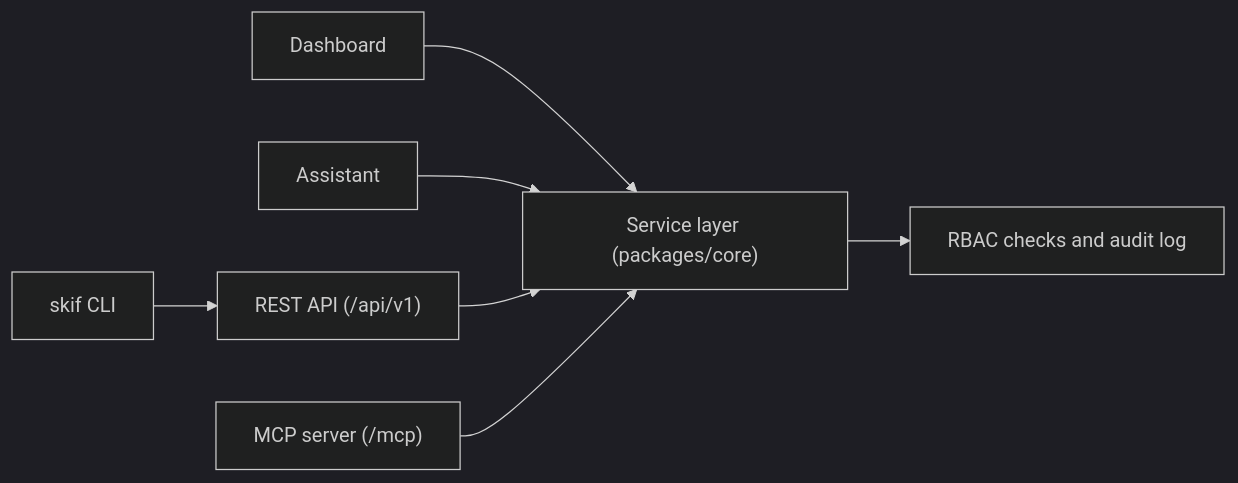
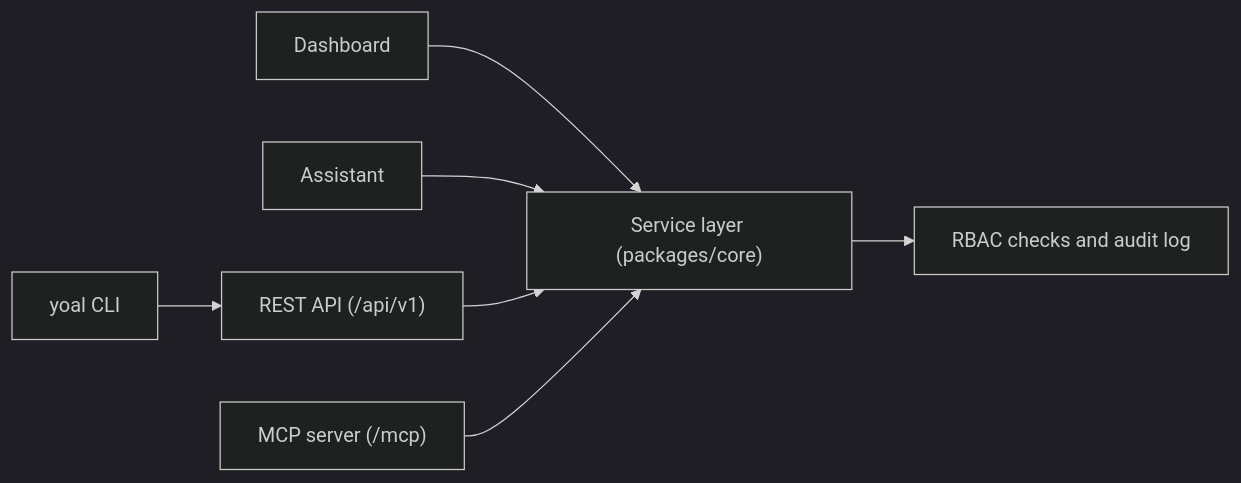
The first of 2 diagrams in packages/docs/content/getting-started/introduction.md (KieranHolroyd/skiff), drawn with Mermaid (dark theme) before and after one commit. The commit also changed other lines of this file and 1869 other files, not shown here.

````diff
--- a/packages/docs/content/getting-started/introduction.md
+++ b/packages/docs/content/getting-started/introduction.md
@@ -54,9 +54,9 @@
 ```mermaid
 flowchart LR
   DB["Dashboard"] --> CORE["Service layer (packages/core)"]
   AS["Assistant"] --> CORE
   REST["REST API (/api/v1)"] --> CORE
   MCP["MCP server (/mcp)"] --> CORE
-  CLI["skif CLI"] --> REST
+  CLI["yoal CLI"] --> REST
   CORE --> AU["RBAC checks and audit log"]
 ```
````
